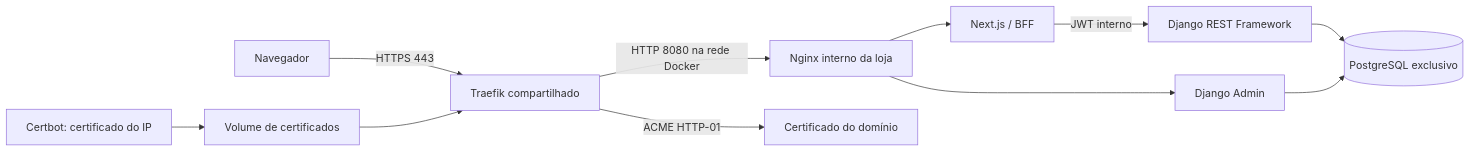
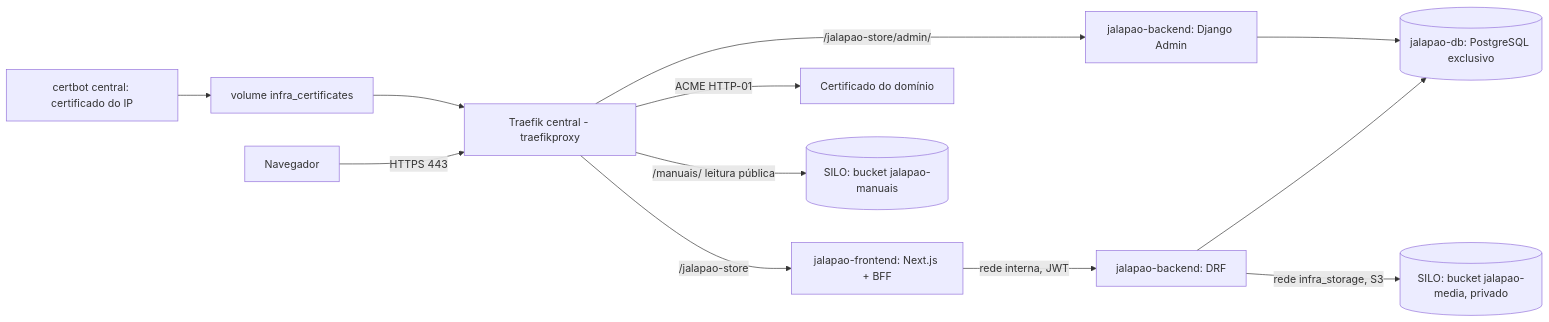
The first of 2 diagrams in docs/architecture.md (jpjamal/jalapao-store), drawn with Mermaid before and after one commit. The commit also changed other lines of this file and 30 other files, not shown here.

First line of the commit message:
feat: Traefik como único proxy e fotos e manuais no servidor de arquivos

````diff
--- a/docs/architecture.md
+++ b/docs/architecture.md
@@ -3,13 +3,14 @@
 ```mermaid
 flowchart LR
-  Browser[Navegador] -->|HTTPS 443| Traefik[Traefik compartilhado]
-  Traefik -->|HTTP 8080 na rede Docker| Proxy[Nginx interno da loja]
-  Proxy --> Next[Next.js / BFF]
-  Next -->|JWT interno| API[Django REST Framework]
-  Proxy --> Admin[Django Admin]
-  API --> DB[(PostgreSQL exclusivo)]
+  Browser[Navegador] -->|HTTPS 443| Traefik[Traefik central - traefikproxy]
+  Traefik -->|/jalapao-store| Next[jalapao-frontend: Next.js + BFF]
+  Traefik -->|/jalapao-store/admin/| Admin[jalapao-backend: Django Admin]
+  Next -->|rede interna, JWT| API[jalapao-backend: DRF]
+  API --> DB[(jalapao-db: PostgreSQL exclusivo)]
   Admin --> DB
   Traefik -->|ACME HTTP-01| DomainCert[Certificado do domínio]
-  Certbot[Certbot: certificado do IP] --> Certs[Volume de certificados]
+  Certbot[certbot central: certificado do IP] --> Certs[volume infra_certificates]
   Certs --> Traefik
+  Traefik -->|/manuais/ leitura pública| Manuais[(SILO: bucket jalapao-manuais)]
+  API -->|rede infra_storage, S3| Fotos[(SILO: bucket jalapao-media, privado)]
 ```
````
